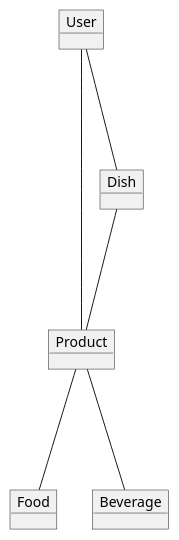
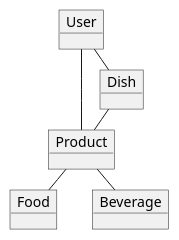
Before and after one commit to Team-a-A-e2024/ICE: the diagram in docs/domainModel.puml, drawn with PlantUML. The commit also changed 12 other files, not shown here.

```diff
--- a/docs/domainModel.puml
+++ b/docs/domainModel.puml
@@ -1,15 +1,15 @@
 @startuml
-
+skinparam ranksep 10
        object User
        object Product
        object Food
        object Beverage
        object Dish
 
        User --- Product
        User --- Dish
        Dish --- Product
        Product --- Food
        Product --- Beverage
 
        @enduml
```
